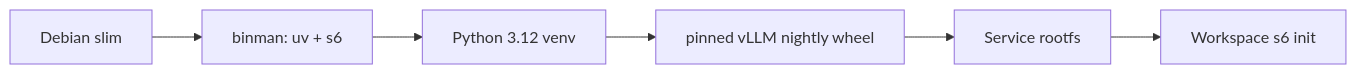
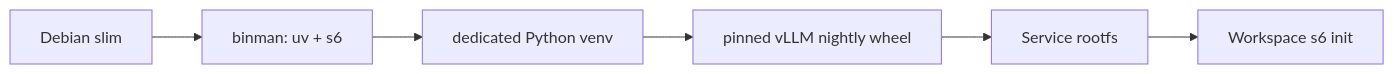
One commit to curoky/codespace changed the diagram in platform/container/services/vllm/DESIGN.md. Above: the diagram before and after it, drawn with Mermaid. The commit also changed other lines of this file and 43 other files, not shown here.

````diff
--- a/platform/container/services/vllm/DESIGN.md
+++ b/platform/container/services/vllm/DESIGN.md
@@ -19,8 +17,8 @@
 ```mermaid
 flowchart LR
   Base[Debian slim] --> Tools[binman: uv + s6]
-  Tools --> Venv[Python 3.12 venv]
+  Tools --> Venv[dedicated Python venv]
   Venv --> Wheel[pinned vLLM nightly wheel]
   Wheel --> Rootfs[Service rootfs]
   Rootfs --> Init[Workspace s6 init]
 ```
````
